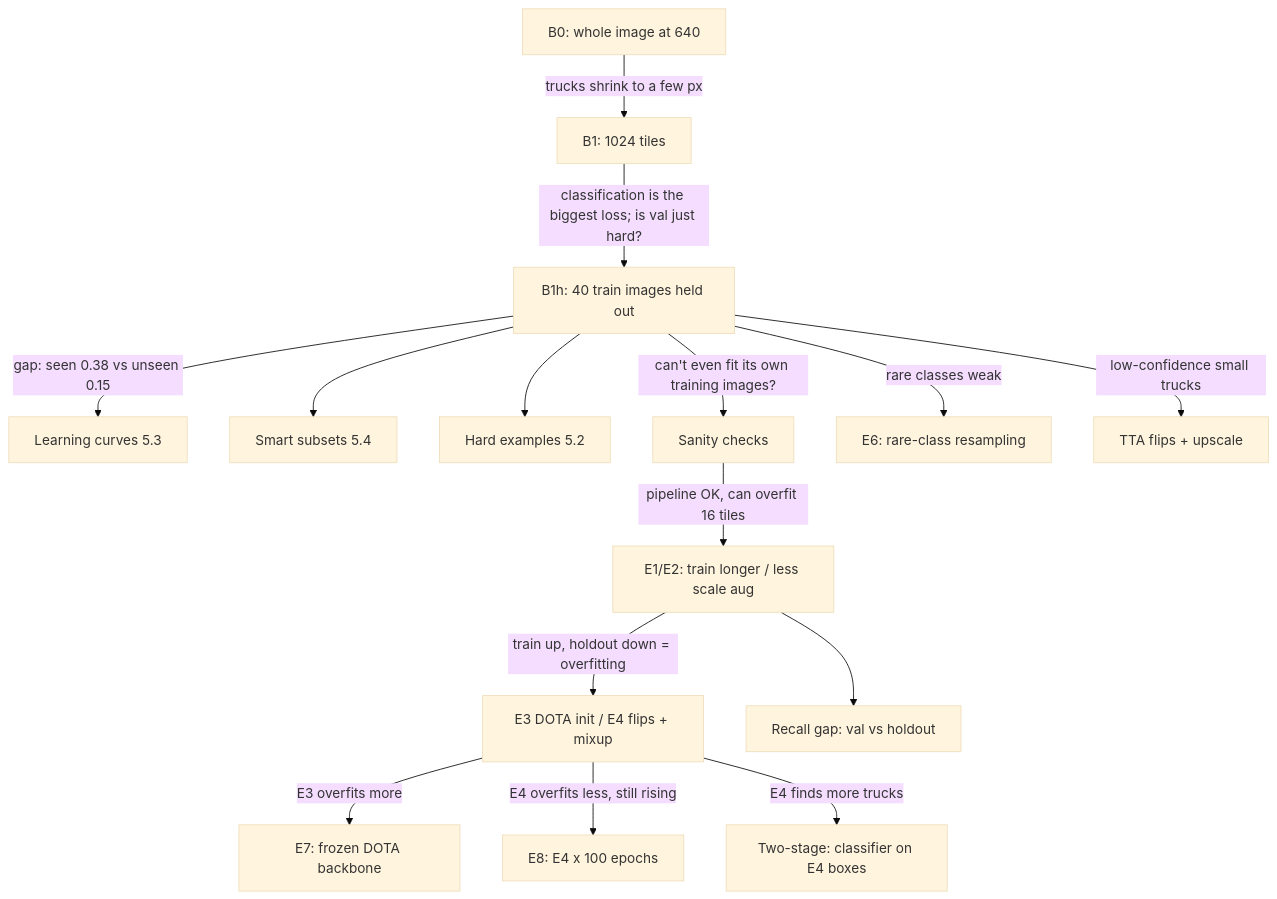
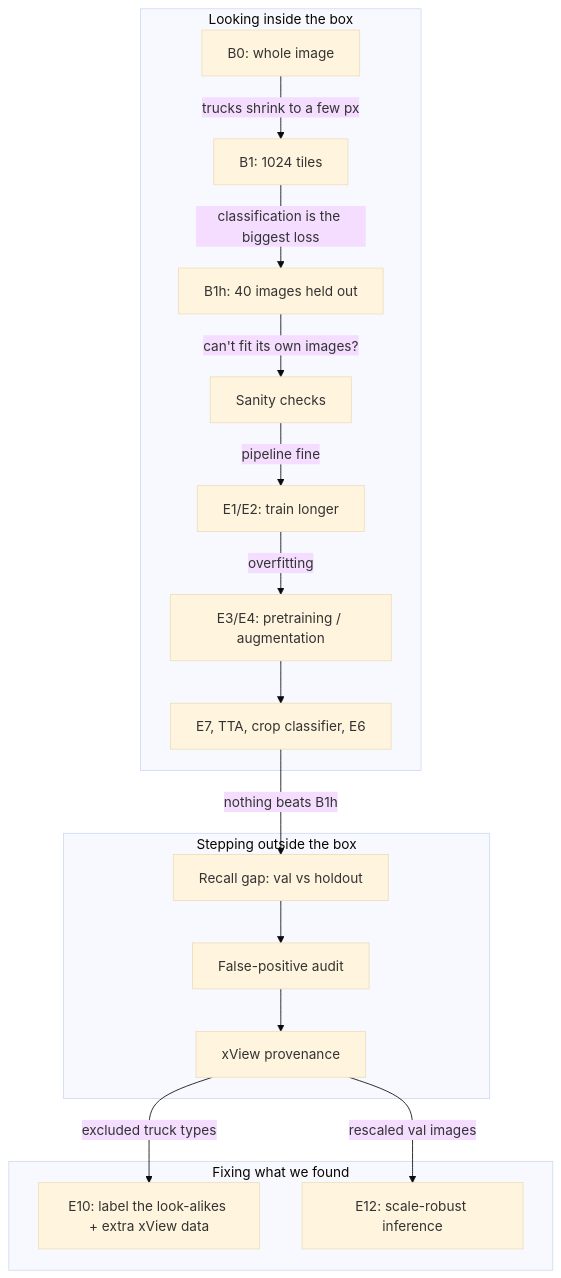
One commit to arukh281/auric_cv_assignment changed the diagram in EXPERIMENTS.md. Above: the diagram before and after it, drawn with Mermaid (base theme). The commit also changed other lines of this file, not shown here.

````diff
--- a/EXPERIMENTS.md
+++ b/EXPERIMENTS.md
@@ -18,17 +20,22 @@
 ```mermaid
 flowchart TD
-  B0[B0: whole image at 640] -->|trucks shrink to a few px| B1[B1: 1024 tiles]
-  B1 -->|classification is the biggest loss; is val just hard?| B1h[B1h: 40 train images held out]
-  B1h -->|gap: seen 0.38 vs unseen 0.15| LC[Learning curves 5.3]
-  B1h --> S54[Smart subsets 5.4]
-  B1h --> S52[Hard examples 5.2]
-  B1h -->|"can't even fit its own training images?"| SAN[Sanity checks]
-  SAN -->|pipeline OK, can overfit 16 tiles| E12[E1/E2: train longer / less scale aug]
-  E12 -->|train up, holdout down = overfitting| E34[E3 DOTA init / E4 flips + mixup]
-  E12 --> RG[Recall gap: val vs holdout]
-  E34 -->|E3 overfits more| E7[E7: frozen DOTA backbone]
-  E34 -->|E4 overfits less, still rising| E8[E8: E4 x 100 epochs]
-  E34 -->|E4 finds more trucks| TS[Two-stage: classifier on E4 boxes]
-  B1h -->|rare classes weak| E6[E6: rare-class resampling]
-  B1h -->|low-confidence small trucks| TTA[TTA flips + upscale]
+  subgraph inside[Looking inside the box]
+  B0[B0: whole image] -->|trucks shrink to a few px| B1[B1: 1024 tiles]
+  B1 -->|classification is the biggest loss| B1h[B1h: 40 images held out]
+  B1h -->|"can't fit its own images?"| SAN[Sanity checks]
+  SAN -->|pipeline fine| E12a[E1/E2: train longer]
+  E12a -->|overfitting| E34[E3/E4: pretraining / augmentation]
+  E34 --> E7[E7, TTA, crop classifier, E6]
+  end
+  subgraph outside[Stepping outside the box]
+  RG[Recall gap: val vs holdout] --> FP[False-positive audit]
+  FP --> XV[xView provenance]
+  end
+  subgraph fix[Fixing what we found]
+  E10[E10: label the look-alikes + extra xView data]
+  E12[E12: scale-robust inference]
+  end
+  E7 -->|nothing beats B1h| RG
+  XV -->|excluded truck types| E10
+  XV -->|rescaled val images| E12
 ```
````
